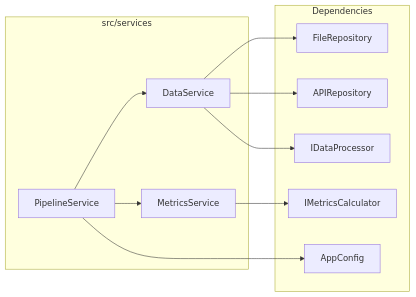
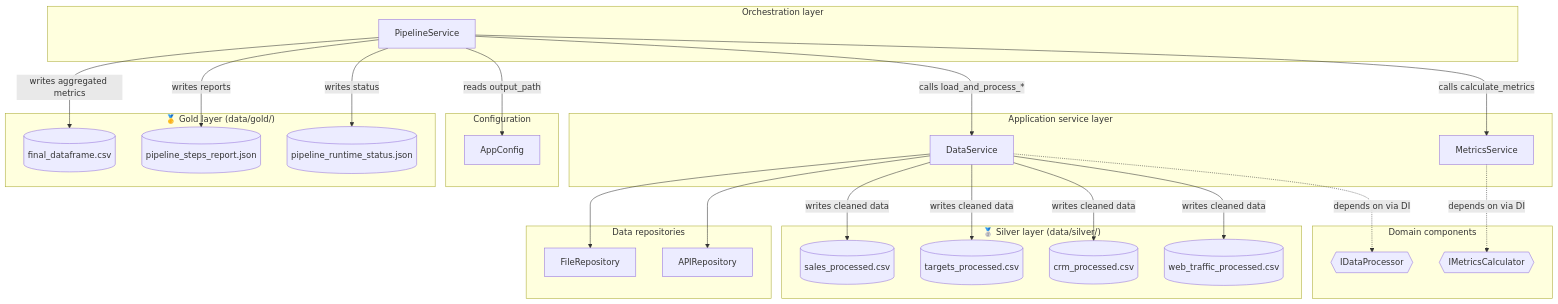
Before and after one commit to YUANDONG-YANG/data-analysis: the first of 2 diagrams in src/services/ARCHITECTURE.md, drawn with Mermaid. The commit also changed other lines of this file and 48 other files, not shown here.

````diff
--- a/src/services/ARCHITECTURE.md
+++ b/src/services/ARCHITECTURE.md
@@ -14,23 +15,53 @@
 ```mermaid
-flowchart LR
-    subgraph services["src/services"]
+flowchart TB
+    subgraph Orchestration["Orchestration layer"]
         PS[PipelineService]
+    end
+
+    subgraph Application["Application service layer"]
         DS[DataService]
         MS[MetricsService]
     end
-    subgraph deps["Dependencies"]
-        FR[FileRepository]
-        AR[APIRepository]
-        DP[IDataProcessor]
-        MC[IMetricsCalculator]
+
+    subgraph Configuration["Configuration"]
         CFG[AppConfig]
     end
 
-    PS --> DS
-    PS --> MS
-    PS --> CFG
+    subgraph Repositories["Data repositories"]
+        FR[FileRepository]
+        AR[APIRepository]
+    end
+
+    subgraph Domain["Domain components"]
+        IDP{{IDataProcessor}}
+        IMC{{IMetricsCalculator}}
+    end
+
+    subgraph Silver["🥈 Silver layer (data/silver/)"]
+        SALES_P[(sales_processed.csv)]
+        TARGETS_P[(targets_processed.csv)]
+        CRM_P[(crm_processed.csv)]
+        TRAFFIC_P[(web_traffic_processed.csv)]
+    end
+
+    subgraph Gold["🥇 Gold layer (data/gold/)"]
+        CSV[(final_dataframe.csv)]
+        JSON[(pipeline_steps_report.json)]
+        STATUS[(pipeline_runtime_status.json)]
+    end
+
+    PS -->|calls load_and_process_*| DS
+    PS -->|calls calculate_metrics| MS
+    PS -->|reads output_path| CFG
     DS --> FR
     DS --> AR
-    DS --> DP
-    MS --> MC
+    DS -.->|depends on via DI| IDP
+    MS -.->|depends on via DI| IMC
+    DS -->|writes cleaned data| SALES_P
+    DS -->|writes cleaned data| TARGETS_P
+    DS -->|writes cleaned data| CRM_P
+    DS -->|writes cleaned data| TRAFFIC_P
+    PS -->|writes aggregated metrics| CSV
+    PS -->|writes reports| JSON
+    PS -->|writes status| STATUS
 ```
````
